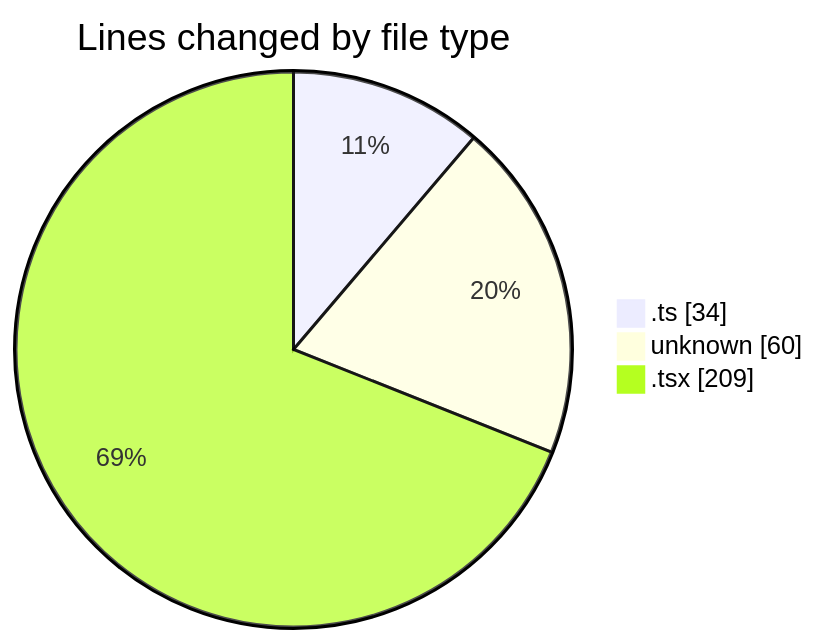
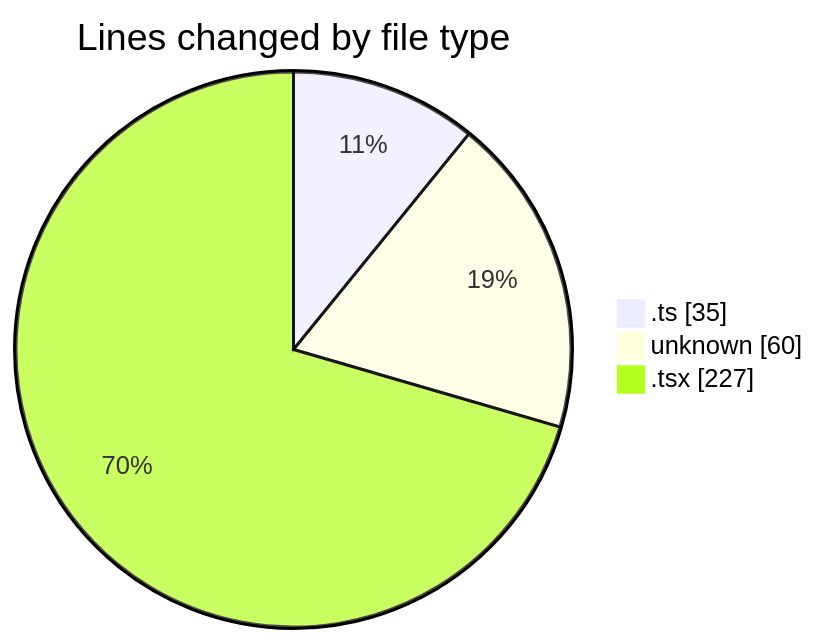
Before and after one commit to momahboobian/code-tracking: the first of 2 diagrams in 2026-06-12/cda/README.md, drawn with Mermaid. The commit also changed other lines of this file and 1 other file, not shown here.

````diff
--- a/2026-06-12/cda/README.md
+++ b/2026-06-12/cda/README.md
@@ -24,7 +24,7 @@
 ```mermaid
 pie showData
 title Lines changed by file type
-".ts" : 34
+".ts" : 35
 "unknown" : 60
-".tsx" : 209
+".tsx" : 227
 ```
````
